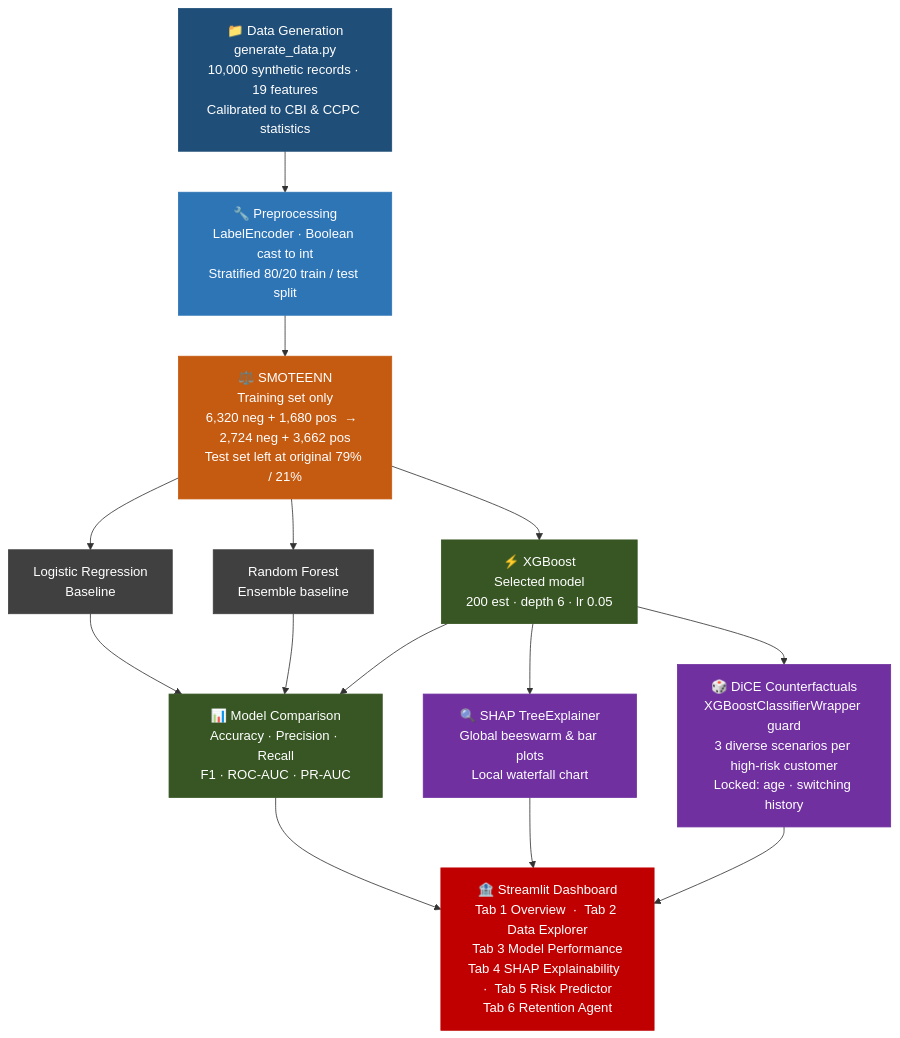
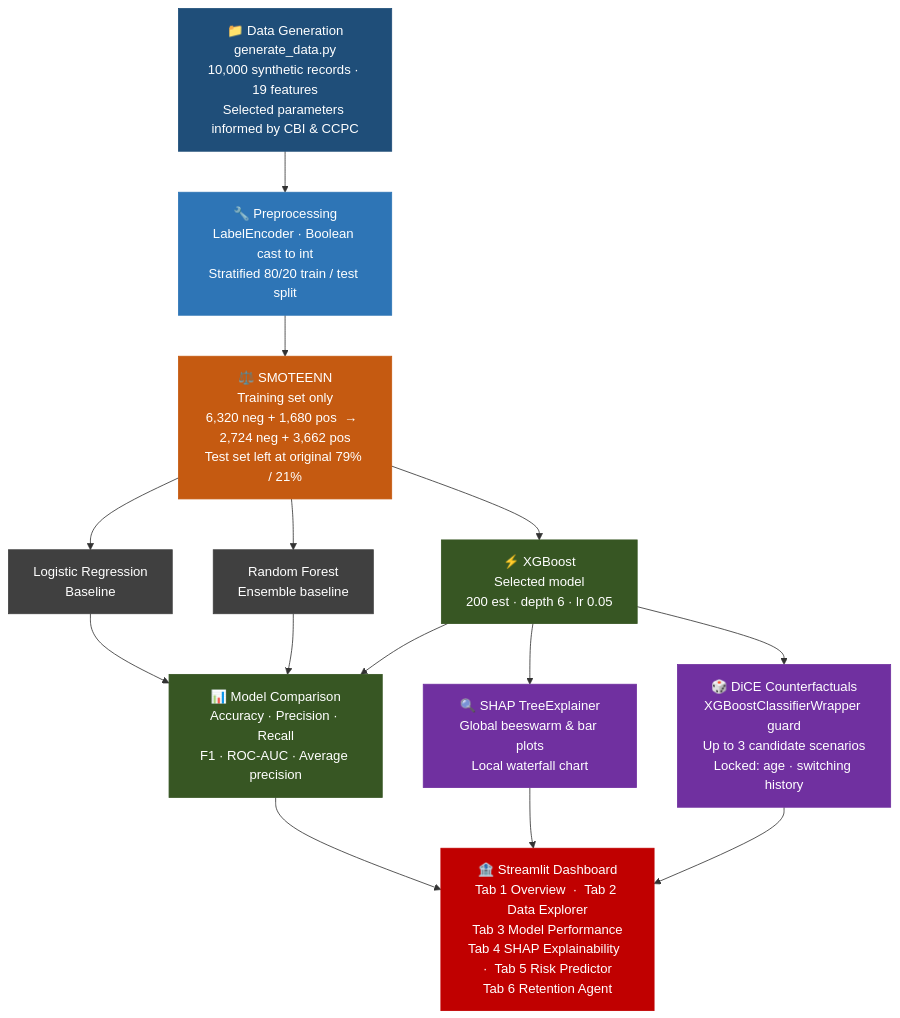
The first of 2 diagrams in README.md (abinashprasana/irish-banking-churn), drawn with Mermaid before and after one commit. The commit also changed other lines of this file and 14 other files, not shown here.

````diff
--- a/README.md
+++ b/README.md
@@ -65,30 +65,30 @@
 ```mermaid
 flowchart TD
-    A["📁 Data Generation\ngenerate_data.py\n10,000 synthetic records · 19 features\nCalibrated to CBI & CCPC statistics"]
+    A["📁 Data Generation\ngenerate_data.py\n10,000 synthetic records · 19 features\nSelected parameters informed by CBI & CCPC"]
     B["🔧 Preprocessing\nLabelEncoder · Boolean cast to int\nStratified 80/20 train / test split"]
     C["⚖️ SMOTEENN\nTraining set only\n6,320 neg + 1,680 pos  →  2,724 neg + 3,662 pos\nTest set left at original 79% / 21%"]
     D1["Logistic Regression\nBaseline"]
     D2["Random Forest\nEnsemble baseline"]
     D3["⚡ XGBoost\nSelected model\n200 est · depth 6 · lr 0.05"]
-    E["📊 Model Comparison\nAccuracy · Precision · Recall\nF1 · ROC-AUC · PR-AUC"]
+    E["📊 Model Comparison\nAccuracy · Precision · Recall\nF1 · ROC-AUC · Average precision"]
     F1["🔍 SHAP TreeExplainer\nGlobal beeswarm & bar plots\nLocal waterfall chart"]
-    F2["🎲 DiCE Counterfactuals\nXGBoostClassifierWrapper guard\n3 diverse scenarios per high-risk customer\nLocked: age · switching history"]
+    F2["🎲 DiCE Counterfactuals\nXGBoostClassifierWrapper guard\nUp to 3 candidate scenarios\nLocked: age · switching history"]
     G["🏦 Streamlit Dashboard\nTab 1 Overview  ·  Tab 2 Data Explorer\nTab 3 Model Performance\nTab 4 SHAP Explainability  ·  Tab 5 Risk Predictor\nTab 6 Retention Agent"]
 
     A --> B --> C
     C --> D1 & D2 & D3
     D1 & D2 & D3 --> E
     D3 --> F1 & F2
     E & F1 & F2 --> G
 
     style A fill:#1f4e79,color:#ffffff,stroke:#1f4e79
     style B fill:#2e75b6,color:#ffffff,stroke:#2e75b6
     style C fill:#c55a11,color:#ffffff,stroke:#c55a11
     style D1 fill:#404040,color:#ffffff,stroke:#404040
     style D2 fill:#404040,color:#ffffff,stroke:#404040
     style D3 fill:#375623,color:#ffffff,stroke:#375623
     style E fill:#375623,color:#ffffff,stroke:#375623
     style F1 fill:#7030a0,color:#ffffff,stroke:#7030a0
     style F2 fill:#7030a0,color:#ffffff,stroke:#7030a0
     style G fill:#c00000,color:#ffffff,stroke:#c00000
 ```
````
